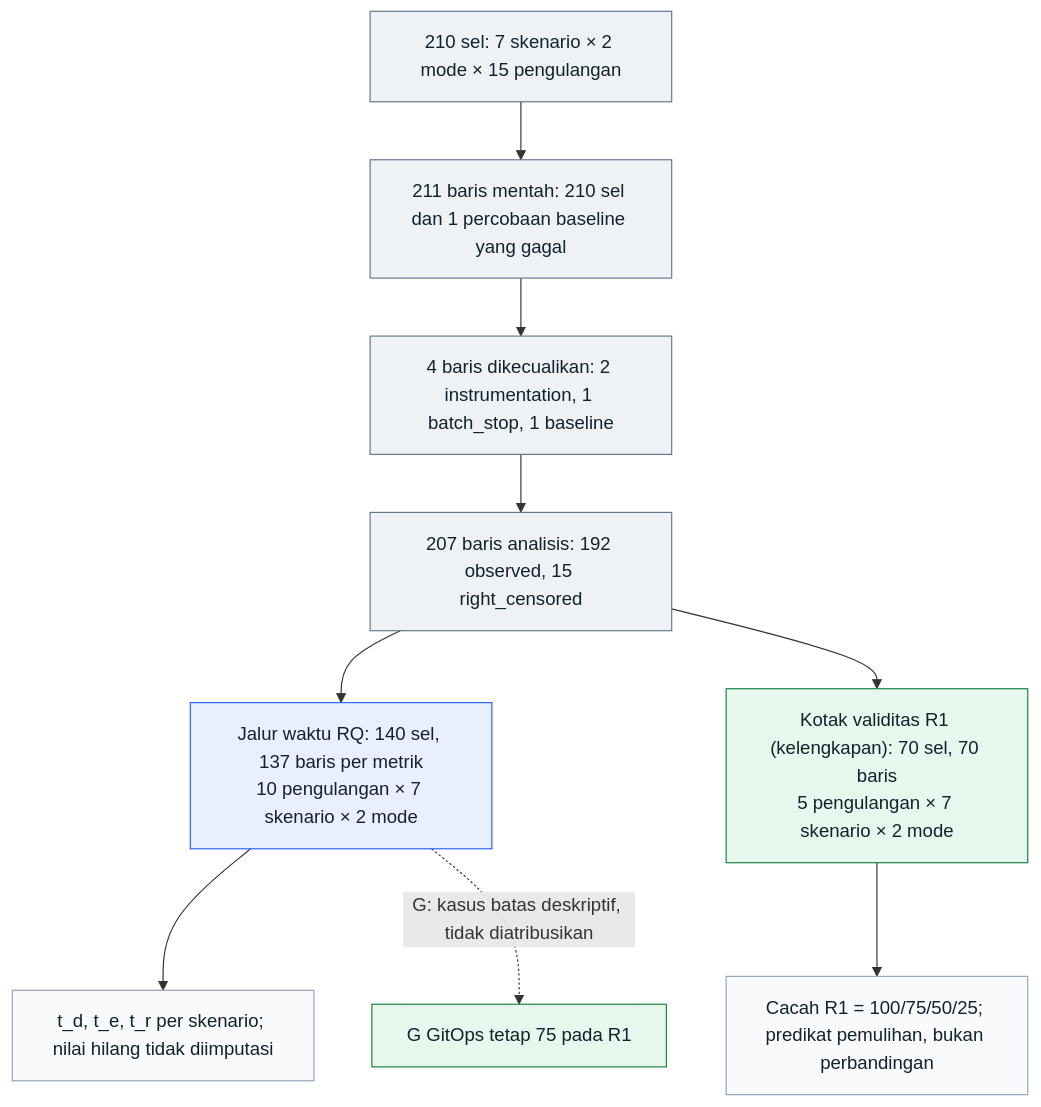
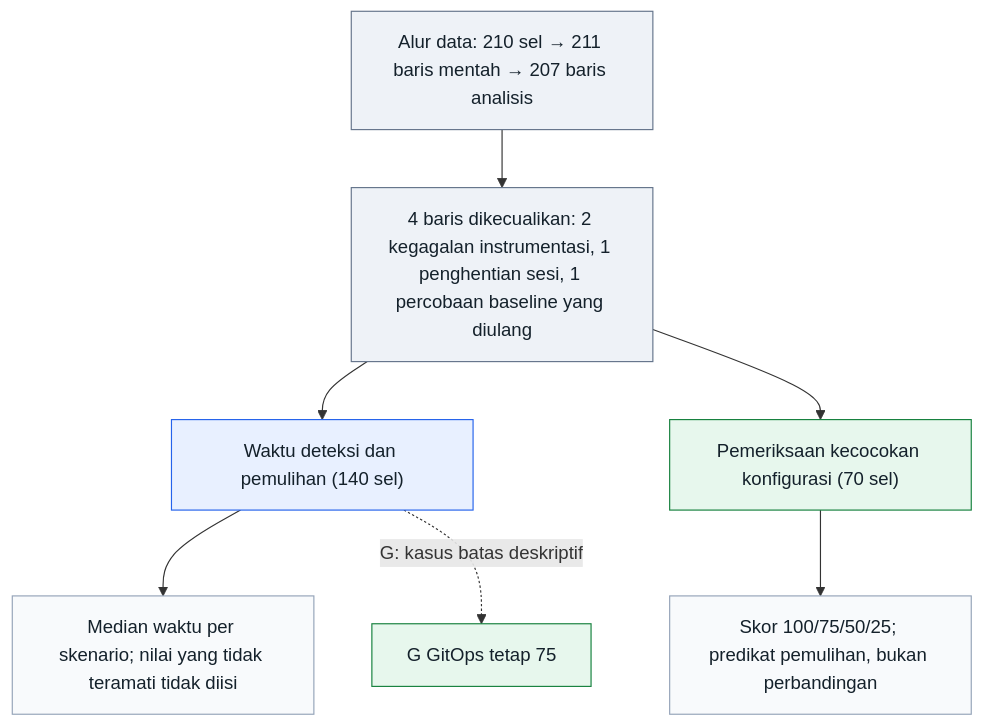
One commit to vityasyyy/skripsi changed the diagram in content/skripsi/diagrams/src/fig-analysis-flow.mmd. Above: the diagram before and after it, drawn with Mermaid. The commit also changed 33 other files, not shown here.

```diff
--- a/content/skripsi/diagrams/src/fig-analysis-flow.mmd
+++ b/content/skripsi/diagrams/src/fig-analysis-flow.mmd
@@ -1,17 +1,15 @@
 flowchart TB
-  A["210 sel: 7 skenario × 2 mode × 15 pengulangan"] --> B["211 baris mentah: 210 sel dan 1 percobaan baseline yang gagal"]
-  B --> C["4 baris dikecualikan: 2 instrumentation, 1 batch_stop, 1 baseline"]
-  C --> D["207 baris analisis: 192 observed, 15 right_censored"]
-  D --> Q["Jalur waktu RQ: 140 sel, 137 baris per metrik<br/>10 pengulangan × 7 skenario × 2 mode"]
-  D --> V["Kotak validitas R1 (kelengkapan): 70 sel, 70 baris<br/>5 pengulangan × 7 skenario × 2 mode"]
-  Q --> E["t_d, t_e, t_r per skenario; nilai hilang tidak diimputasi"]
-  V --> F["Cacah R1 = 100/75/50/25; predikat pemulihan, bukan perbandingan"]
-  Q -. "G: kasus batas deskriptif, tidak diatribusikan" .-> G["G GitOps tetap 75 pada R1"]
+  A["Alur data: 210 sel → 211 baris mentah → 207 baris analisis"] --> B["4 baris dikecualikan: 2 kegagalan instrumentasi, 1 penghentian sesi, 1 percobaan baseline yang diulang"]
+  B --> C["Waktu deteksi dan pemulihan (140 sel)"]
+  B --> D["Pemeriksaan kecocokan konfigurasi (70 sel)"]
+  C --> E["Median waktu per skenario; nilai yang tidak teramati tidak diisi"]
+  D --> F["Skor 100/75/50/25; predikat pemulihan, bukan perbandingan"]
+  C -. "G: kasus batas deskriptif" .-> G["G GitOps tetap 75"]
   classDef count fill:#eef2f7,stroke:#64748b,color:#14212b;
   classDef branch fill:#e8f0ff,stroke:#2563eb,color:#14212b;
   classDef validity fill:#e7f7ed,stroke:#15803d,color:#14212b;
   classDef detail fill:#f8fafc,stroke:#94a3b8,color:#14212b;
-  class A,B,C,D count;
-  class Q branch;
-  class V,G validity;
+  class A,B count;
+  class C branch;
+  class D,G validity;
   class E,F detail;
```
